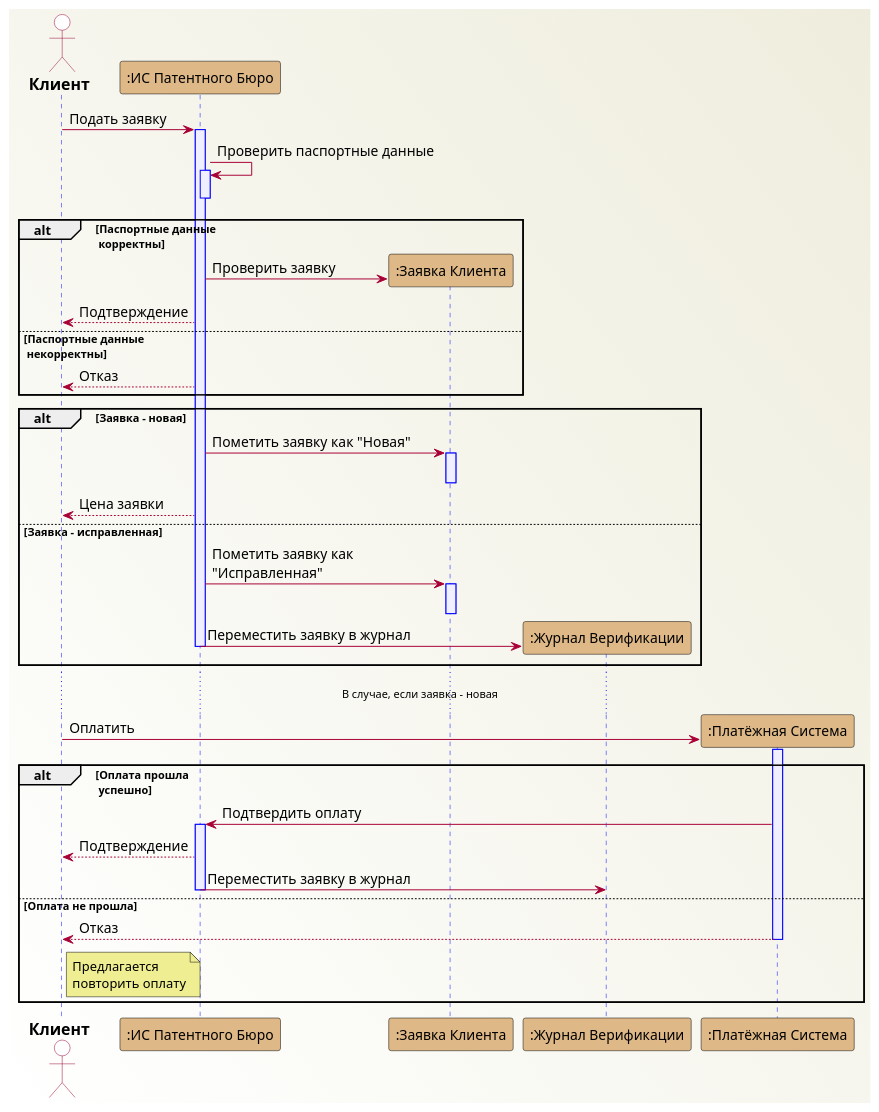
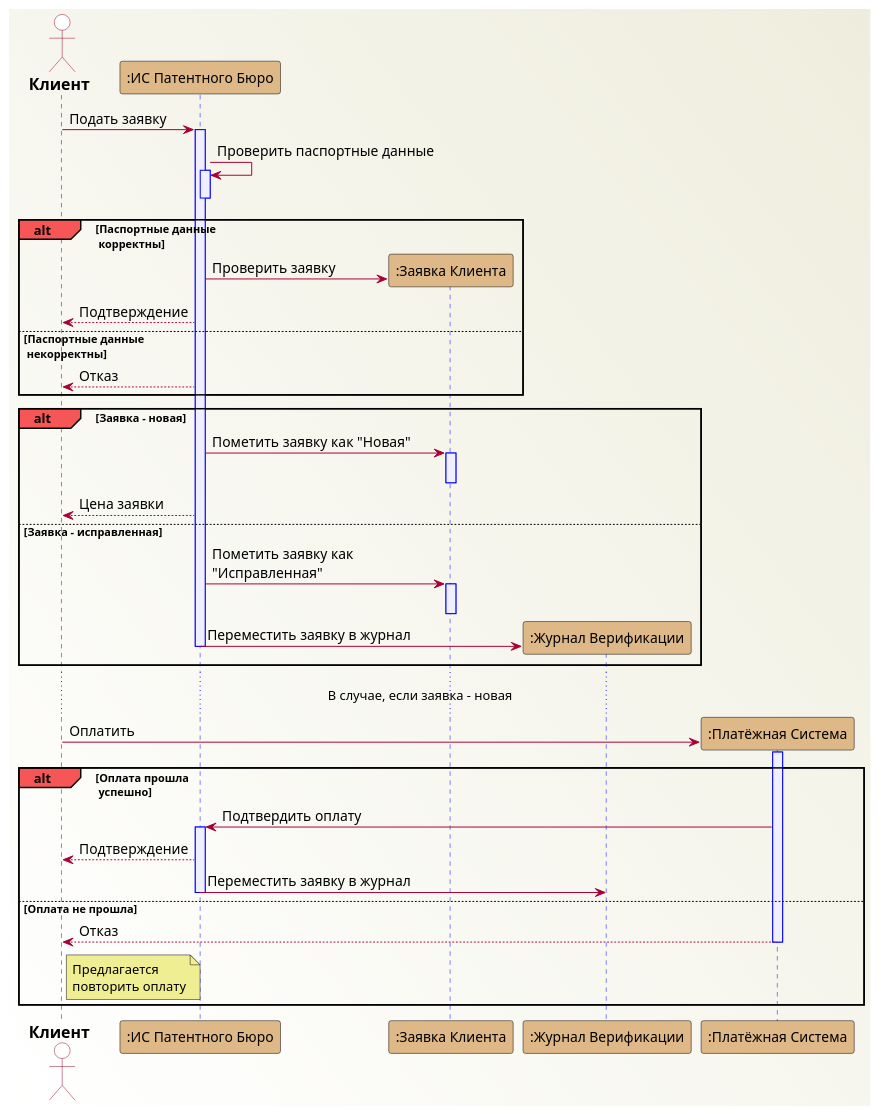
One commit to DenisFV/Architect changed the diagram in UML/SequenceDiagram.puml. Above: the diagram before and after it, drawn with PlantUML. The commit also changed 1 other file, not shown here.

Commit message:
Fix sequence diagram

```diff
--- a/UML/SequenceDiagram.puml
+++ b/UML/SequenceDiagram.puml
@@ -1,81 +1,83 @@
 @startuml
 scale 1.1
 
 skinparam {
 backgroundColor white\#EEEDDD
 
 ParticipantPadding 0
 
 ActorBackgroundColor white
 ActorBordercolor #990434
 actorFontSize 16
 actorFontStyle bold
 
 ParticipantBorderColor black
 ParticipantBackgroundColor burlywood
 ParticipantFontColor black
 
 sequenceLifeLineBorderColor blue
 sequenceLifeLineBackgroundColor motivation
+
+sequenceGroupBackgroundColor #f75656
 
 arrowColor #A80036
 arrowFontSize 14
 
 noteBackgroundColor #efee92
 notebordercolor black
 }
 
 
 actor "Клиент" as client order 1
 participant ":ИС Патентного Бюро" as system order 2
 
 client -> system : Подать заявку
 activate system
     system -> system : Проверить паспортные данные
     activate system
     deactivate system
 
 alt Паспортные данные\n корректны
     create participant ":Заявка Клиента" as application order 3
     system -> application : Проверить заявку
     system --> client : Подтверждение
 
 else Паспортные данные\n некорректны
     system --> client : Отказ
 end
 
 alt Заявка - новая
     system -> application : Пометить заявку как "Новая"
     activate application
     deactivate application
     system --> client : Цена заявки
 else Заявка - исправленная
     system -> application : Пометить заявку как\n"Исправленная"
     activate application
     deactivate application
     create participant ":Журнал Верификации" as verifier order 4
     system -> verifier : Переместить заявку в журнал
     deactivate system
 end
 
 create participant ":Платёжная Система" as pay order 5
-...В случае, если заявка - новая...
+...<size:13>В случае, если заявка - новая</size>...
 client -> pay : Оплатить
 activate pay
 
 alt Оплата прошла\n успешно
     pay -> system : Подтвердить оплату
     activate system
     system --> client : Подтверждение
     system -> verifier : Переместить заявку в журнал
     deactivate system
 else Оплата не прошла
      pay --> client : Отказ
      note right of client
          Предлагается
          повторить оплату
      end note
      deactivate pay
 end
 
 @enduml
```
